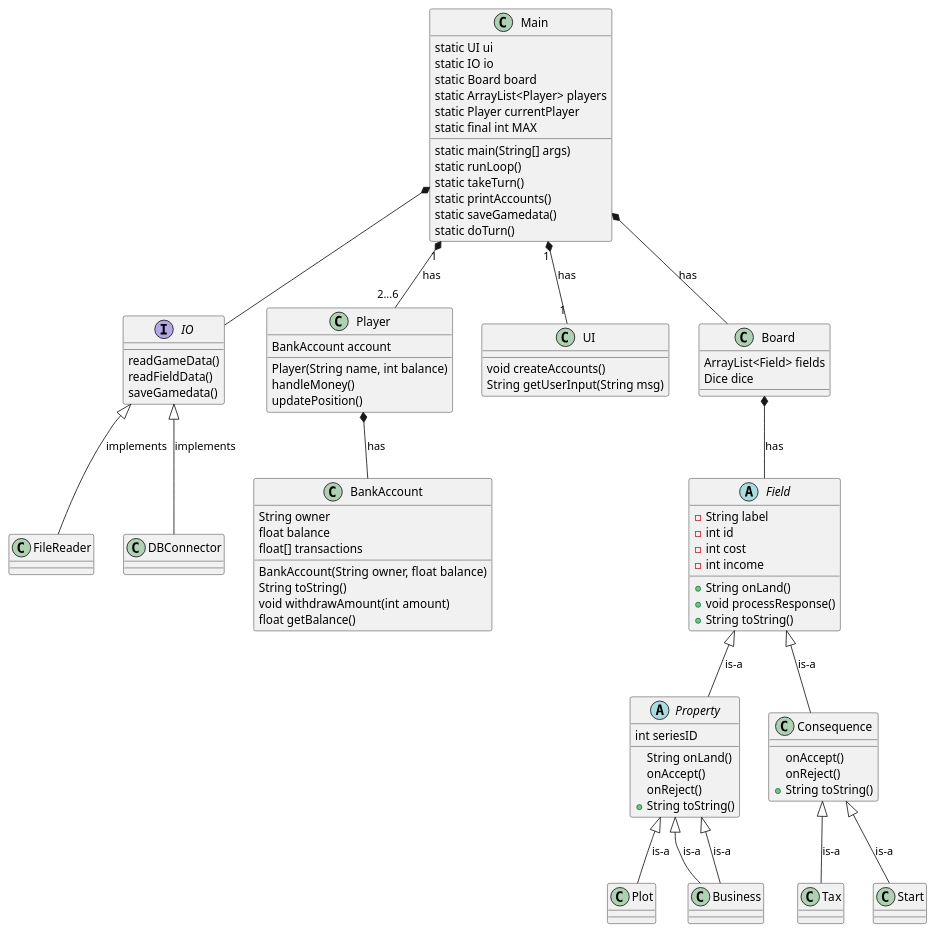
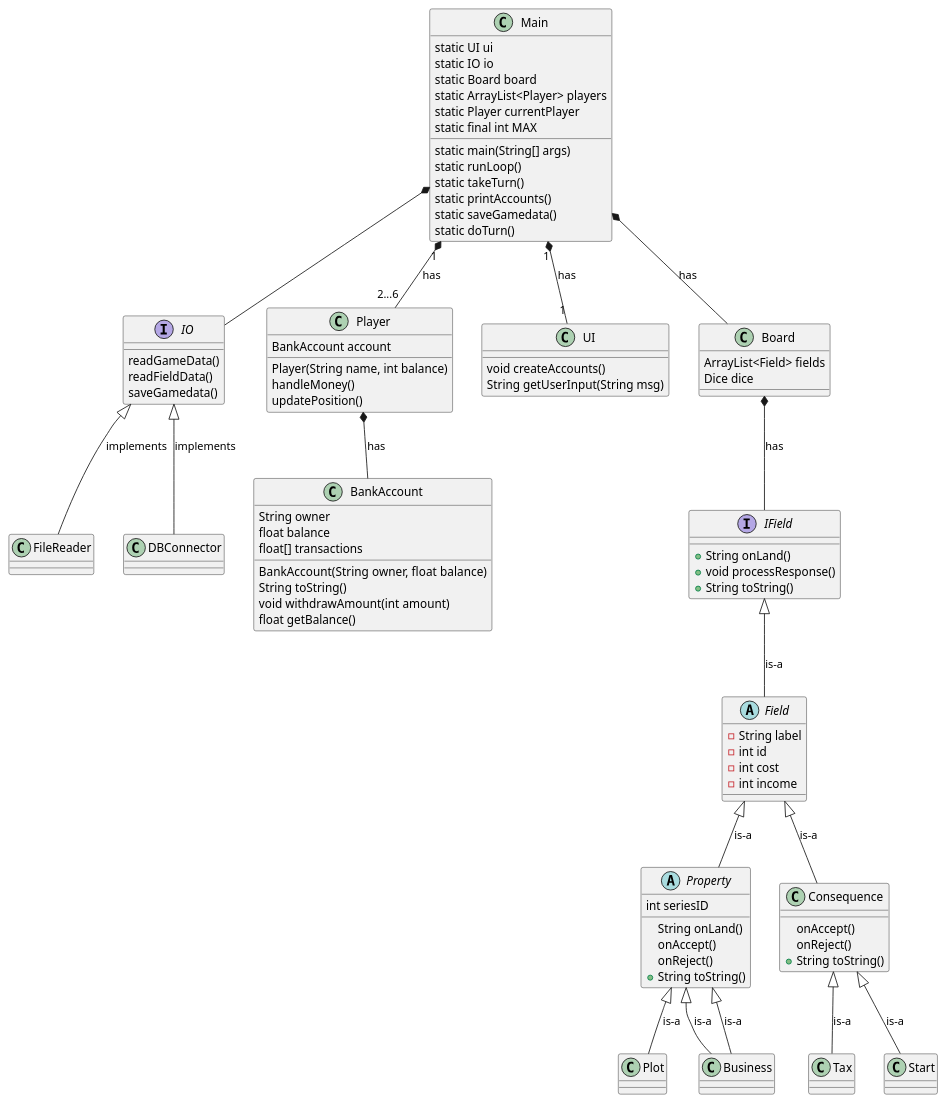
One commit to tessG/F22Matador changed the diagram in src/ClassDiagram.puml. Above: the diagram before and after it, drawn with PlantUML.

Commit message:
diagram update

```diff
--- a/src/ClassDiagram.puml
+++ b/src/ClassDiagram.puml
@@ -1,84 +1,89 @@
 @startuml
+interface IField
 abstract class Field
 abstract class Property
 interface IO
 class FileReader
 class DBConnector
 Main *-- IO
 Main "1" *-- "2...6" Player : has
 Main "1" *-- "1" UI : has
 Main *-- Board : has
 Player *-- BankAccount : has
+IField <|-- Field : is-a
+
 Field <|-- Consequence : is-a
 Field <|-- Property : is-a
 
-Board *-- Field : has
+Board *-- IField : has
 Consequence <|-- Tax : is-a
 Consequence <|-- Start : is-a
 Property <|-- Plot : is-a
 Property <|-- Business : is-a
 Property <|-- Business : is-a
 IO <|-- FileReader: implements
 IO <|-- DBConnector: implements
 
 
 Main : static UI ui
 Main : static IO io
 Main : static Board board
 Main : static ArrayList<Player> players
 Main : static Player currentPlayer
 Main : static final int MAX
 
 Main : static main(String[] args)
 Main : static runLoop()
 Main : static takeTurn()
 Main : static printAccounts()
 Main : static saveGamedata()
 Main : static doTurn()
 
 
 
 Board : ArrayList<Field> fields
 Board : Dice dice
 
 BankAccount : BankAccount(String owner, float balance)
 BankAccount : String owner
 BankAccount : float balance
 BankAccount : float[] transactions
 
 BankAccount : String toString()
 BankAccount : void withdrawAmount(int amount)
 BankAccount : float getBalance()
 
 UI : void createAccounts()
 UI : String getUserInput(String msg)
 
 Field : - String label
 Field : - int id
 Field : - int cost
 Field : - int income
-Field : + String onLand()
-Field : + void processResponse()
-Field : + String toString()
+IField : + String onLand()
+IField : + void processResponse()
+IField : + String toString()
+
 
 Property : int seriesID
 Property : String onLand()
 Property : onAccept()
 Property : onReject()
 Property : + String toString()
+
 
 
 
 Consequence : onAccept()
 Consequence : onReject()
 Consequence : + String toString()
 
 Player : BankAccount account
 Player : Player(String name, int balance)
 Player : handleMoney()
 Player : updatePosition()
 
 IO : readGameData()
 IO : readFieldData()
 IO : saveGamedata()
 @enduml
```
